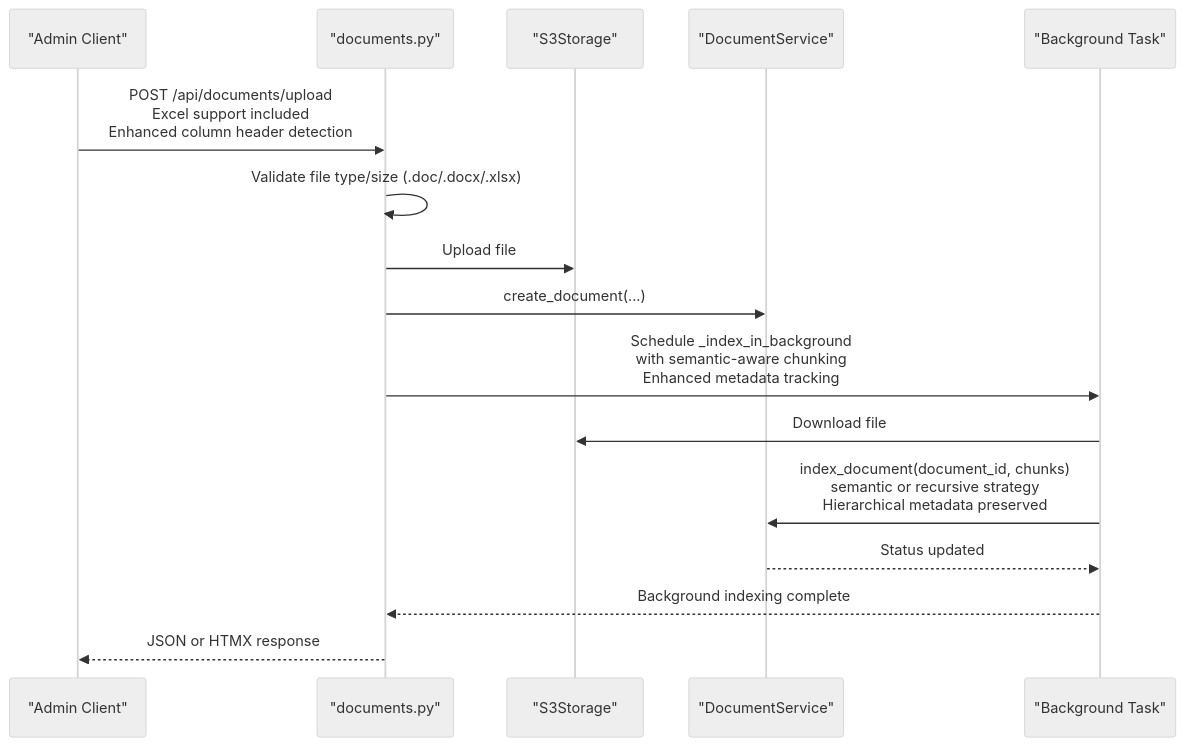
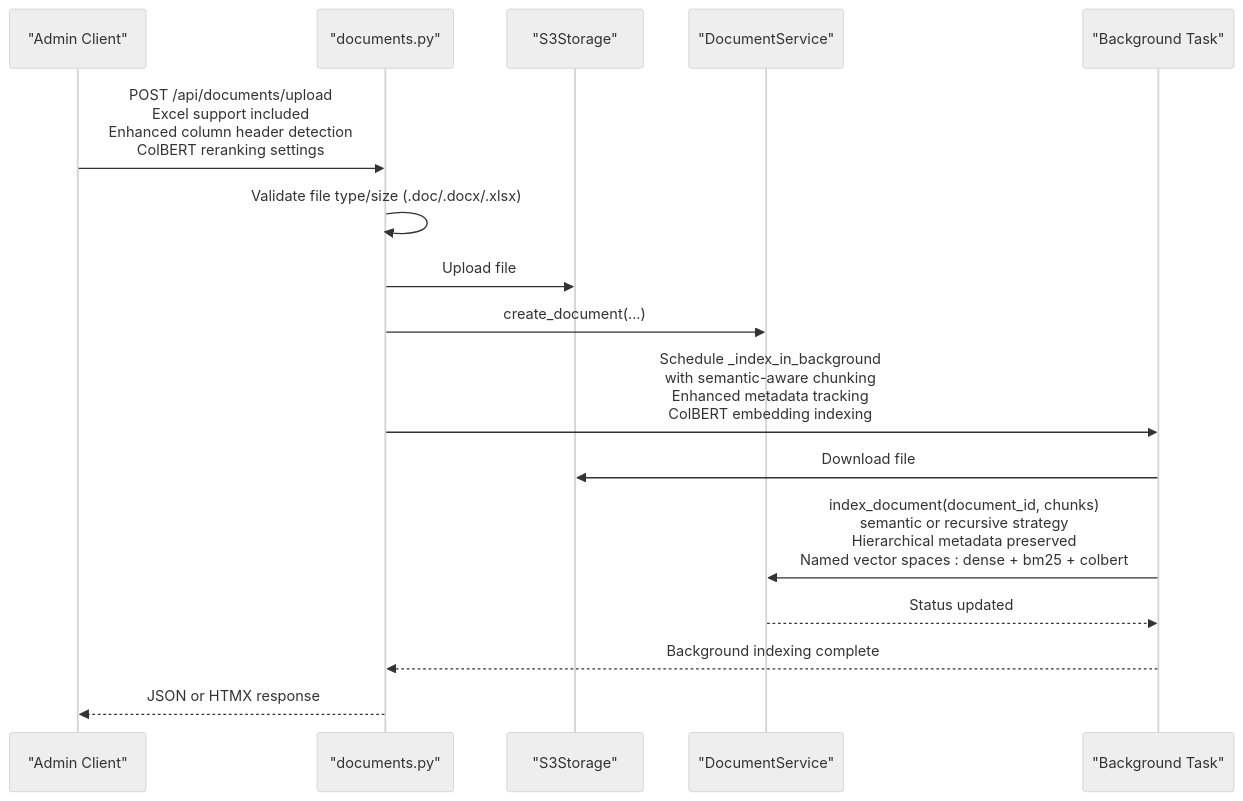
Diagram 14 of 15 in .qoder/repowiki/en/content/RAG Integration/RAG Parser Enhancement.md (ognelis/cafetera_hr_bot), drawn with Mermaid (neutral theme) before and after one commit. The commit also changed other lines of this file and 27 other files, not shown here.

````diff
--- a/.qoder/repowiki/en/content/RAG Integration/RAG Parser Enhancement.md
+++ b/.qoder/repowiki/en/content/RAG Integration/RAG Parser Enhancement.md
@@ -575,18 +671,18 @@
 ```mermaid
 sequenceDiagram
 participant Client as "Admin Client"
 participant API as "documents.py"
 participant S3 as "S3Storage"
 participant Service as "DocumentService"
 participant BG as "Background Task"
-Client->>API : POST /api/documents/upload<br/>Excel support included<br/>Enhanced column header detection
+Client->>API : POST /api/documents/upload<br/>Excel support included<br/>Enhanced column header detection<br/>ColBERT reranking settings
 API->>API : Validate file type/size (.doc/.docx/.xlsx)
 API->>S3 : Upload file
 API->>Service : create_document(...)
-API->>BG : Schedule _index_in_background<br/>with semantic-aware chunking<br/>Enhanced metadata tracking
+API->>BG : Schedule _index_in_background<br/>with semantic-aware chunking<br/>Enhanced metadata tracking<br/>ColBERT embedding indexing
 BG->>S3 : Download file
-BG->>Service : index_document(document_id, chunks)<br/>semantic or recursive strategy<br/>Hierarchical metadata preserved
+BG->>Service : index_document(document_id, chunks)<br/>semantic or recursive strategy<br/>Hierarchical metadata preserved<br/>Named vector spaces : dense + bm25 + colbert
 Service-->>BG : Status updated
 BG-->>API : Background indexing complete
 API-->>Client : JSON or HTMX response
 ```
````
